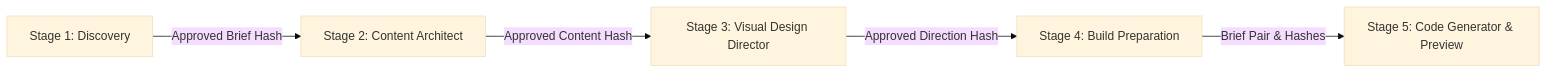
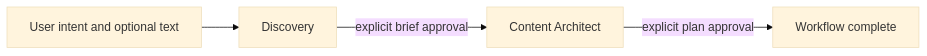
Before and after one commit to yashsrivastava0/OryxenAI: the diagram in docs/architecture/02-agent-pipeline-and-code-generation-engine.md, drawn with Mermaid (base theme). The commit also changed other lines of this file and 155 other files, not shown here.

````diff
--- a/docs/architecture/02-agent-pipeline-and-code-generation-engine.md
+++ b/docs/architecture/02-agent-pipeline-and-code-generation-engine.md
@@ -24,7 +12,6 @@
 ```mermaid
 flowchart LR
-    S1[Stage 1: Discovery] -->|Approved Brief Hash| S2[Stage 2: Content Architect]
-    S2 -->|Approved Content Hash| S3[Stage 3: Visual Design Director]
-    S3 -->|Approved Direction Hash| S4[Stage 4: Build Preparation]
-    S4 -->|Brief Pair & Hashes| S5[Stage 5: Code Generator & Preview]
+    Intake[User intent and optional text] --> Discovery[Discovery]
+    Discovery -->|explicit brief approval| Content[Content Architect]
+    Content -->|explicit plan approval| Done[Workflow complete]
 ```
````
